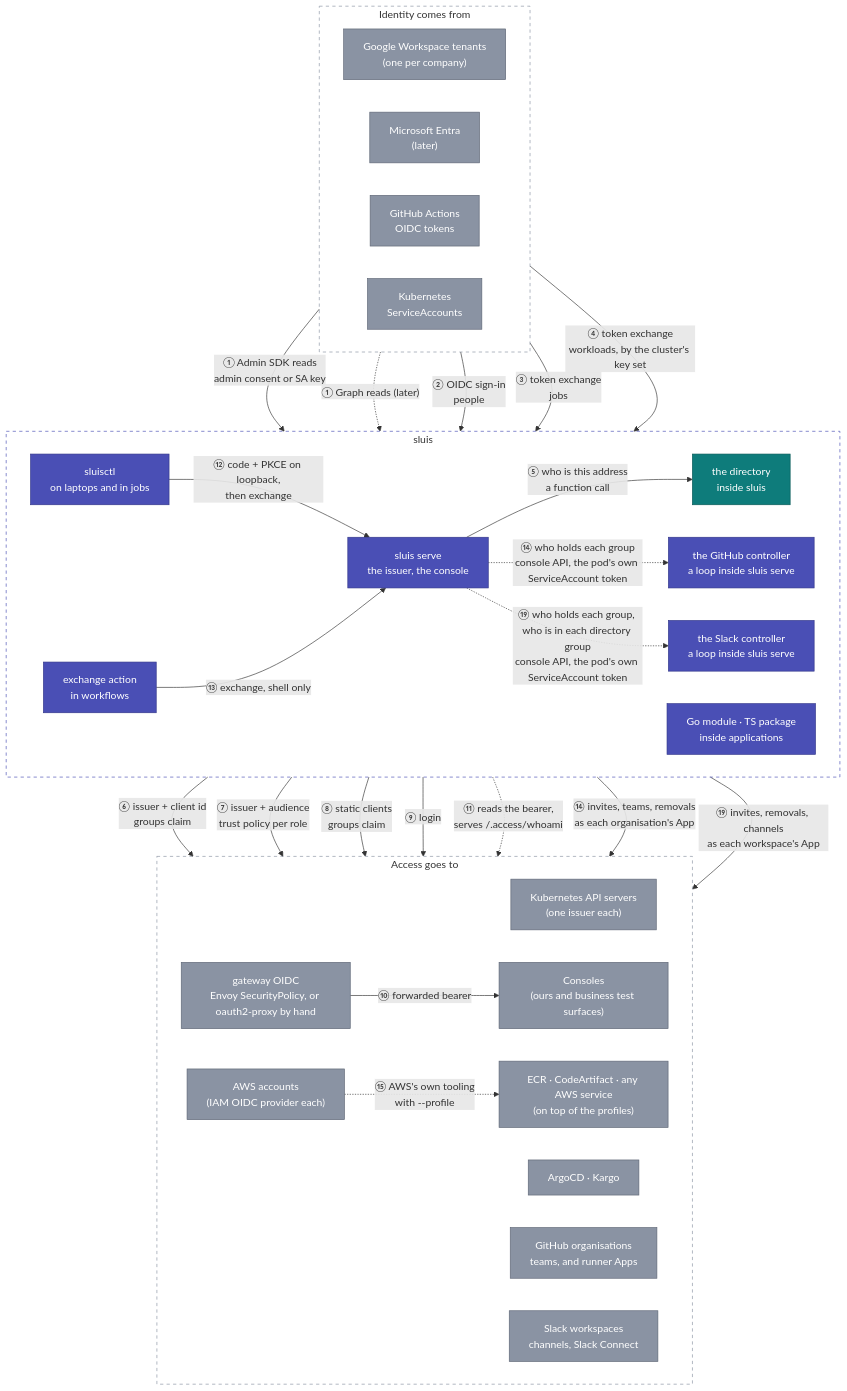
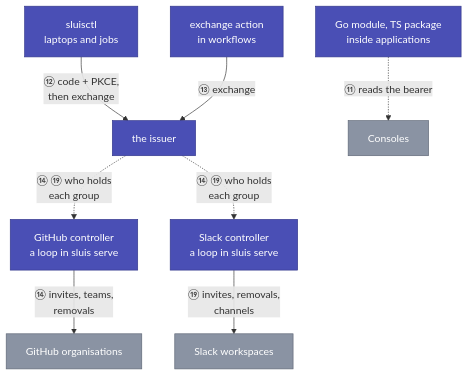
One commit to truvity/sluis changed the third of 3 diagrams in docs/explanation/integrations.md. Above: the diagram before and after it, drawn with Mermaid. The commit also changed other lines of this file and 39 other files, not shown here.

First line of the commit message:
docs: links, one checker, diagrams at natural size, and the loose ends of the other passes

````diff
--- a/docs/explanation/integrations.md
+++ b/docs/explanation/integrations.md
@@ -11,60 +56,22 @@
 ```mermaid
 flowchart TB
-  subgraph in["Identity comes from"]
-    direction LR
-    gws["Google Workspace tenants<br/>(one per company)"]:::ext
-    entra["Microsoft Entra<br/>(later)"]:::ext
-    gh["GitHub Actions<br/>OIDC tokens"]:::ext
-    sa["Kubernetes<br/>ServiceAccounts"]:::ext
-  end
-
-  subgraph ar["sluis"]
-    direction LR
-    hub["the directory<br/>inside sluis"]:::hub
-    iss["sluis serve<br/>the issuer, the console"]:::token
-    ghr["the GitHub controller<br/>a loop inside sluis serve"]:::token
-    slr["the Slack controller<br/>a loop inside sluis serve"]:::token
-    lib["Go module · TS package<br/>inside applications"]:::token
-    ctl["sluisctl<br/>on laptops and in jobs"]:::token
-    act["exchange action<br/>in workflows"]:::token
-  end
-
-  subgraph out["Access goes to"]
-    direction LR
-    eks["Kubernetes API servers<br/>(one issuer each)"]:::ext
-    aws["AWS accounts<br/>(IAM OIDC provider each)"]:::ext
-    argo["ArgoCD · Kargo"]:::ext
-    proxy["gateway OIDC<br/>Envoy SecurityPolicy, or oauth2-proxy by hand"]:::ext
-    consoles["Consoles<br/>(ours and business test surfaces)"]:::ext
-    ghteams["GitHub organisations<br/>teams, and runner Apps"]:::ext
-    slack["Slack workspaces<br/>channels, Slack Connect"]:::ext
-    reg["ECR · CodeArtifact · any AWS service<br/>(on top of the profiles)"]:::ext
-  end
-
-  gws -- "① Admin SDK reads<br/>admin consent or SA key" --> hub
-  entra -. "① Graph reads (later)" .-> hub
-  gws -- "② OIDC sign-in<br/>people" --> iss
-  gh -- "③ token exchange<br/>jobs" --> iss
-  sa -- "④ token exchange<br/>workloads, by the cluster's key set" --> iss
-  iss -- "⑤ who is this address<br/>a function call" --> hub
-  iss -- "⑥ issuer + client id<br/>groups claim" --> eks
-  iss -- "⑦ issuer + audience<br/>trust policy per role" --> aws
-  iss -- "⑧ static clients<br/>groups claim" --> argo
-  iss -- "⑨ login" --> proxy
-  proxy -- "⑩ forwarded bearer" --> consoles
-  lib -. "⑪ reads the bearer,<br/>serves /.access/whoami" .-> consoles
-  ctl -- "⑫ code + PKCE on loopback,<br/>then exchange" --> iss
-  act -- "⑬ exchange, shell only" --> iss
-  iss -. "⑭ who holds each group<br/>console API, the pod's own ServiceAccount token" .-> ghr
-  ghr -- "⑭ invites, teams, removals<br/>as each organisation's App" --> ghteams
-  iss -. "⑲ who holds each group, who is in each directory group<br/>console API, the pod's own ServiceAccount token" .-> slr
-  slr -- "⑲ invites, removals, channels<br/>as each workspace's App" --> slack
-  aws -. "⑮ AWS's own tooling<br/>with --profile" .-> reg
-
+  lib["Go module, TS package<br/>inside applications"]:::token
+  ctl["sluisctl<br/>laptops and jobs"]:::token
+  act["exchange action<br/>in workflows"]:::token
+  iss["the issuer"]:::token
+  consoles["Consoles"]:::ext
+  ghr["GitHub controller<br/>a loop in sluis serve"]:::token
+  slr["Slack controller<br/>a loop in sluis serve"]:::token
+  ghteams["GitHub organisations"]:::ext
+  slack["Slack workspaces"]:::ext
+  lib -. "⑪ reads the bearer" .-> consoles
+  ctl -- "⑫ code + PKCE,<br/>then exchange" --> iss
+  act -- "⑬ exchange" --> iss
+  iss -. "⑭ ⑲ who holds<br/>each group" .-> ghr
+  iss -. "⑭ ⑲ who holds<br/>each group" .-> slr
+  ghr -- "⑭ invites, teams,<br/>removals" --> ghteams
+  slr -- "⑲ invites, removals,<br/>channels" --> slack
   classDef ext fill:#8A93A3,stroke:#5E6675,color:#fff
   classDef hub fill:#0E7C7B,stroke:#0A5958,color:#fff
   classDef token fill:#4A4FB5,stroke:#33378A,color:#fff
-  style in fill:none,stroke:#8A93A3,stroke-dasharray:5 5
-  style out fill:none,stroke:#8A93A3,stroke-dasharray:5 5
-  style ar fill:none,stroke:#4A4FB5,stroke-dasharray:5 5
 ```
````
